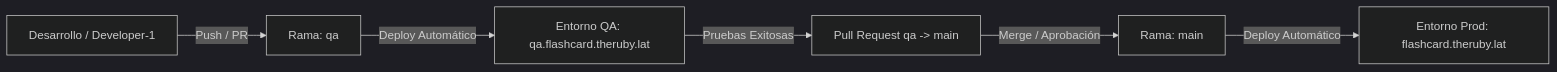
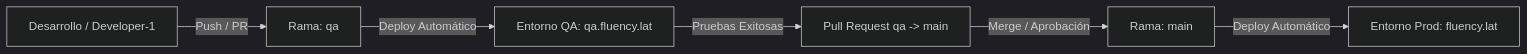
The diagram in docs/QA_TO_PROD_FLOW.md (jcoronado1982/http-fluency.lat), drawn with Mermaid (dark theme) before and after one commit. The commit also changed other lines of this file and 25 other files, not shown here.

Commit message:
feat: migrate primary domain to fluency.lat and configure HTTPS

````diff
--- a/docs/QA_TO_PROD_FLOW.md
+++ b/docs/QA_TO_PROD_FLOW.md
@@ -11,8 +13,8 @@
 ```mermaid
 graph LR
     Developer[Desarrollo / Developer-1] -->|Push / PR| QA_Branch[Rama: qa]
-    QA_Branch -->|Deploy Automático| QA_Env[Entorno QA: qa.flashcard.theruby.lat]
+    QA_Branch -->|Deploy Automático| QA_Env[Entorno QA: qa.fluency.lat]
     QA_Env -->|Pruebas Exitosas| PR[Pull Request qa -> main]
     PR -->|Merge / Aprobación| Main_Branch[Rama: main]
-    Main_Branch -->|Deploy Automático| Prod_Env[Entorno Prod: flashcard.theruby.lat]
+    Main_Branch -->|Deploy Automático| Prod_Env[Entorno Prod: fluency.lat]
 ```
````
